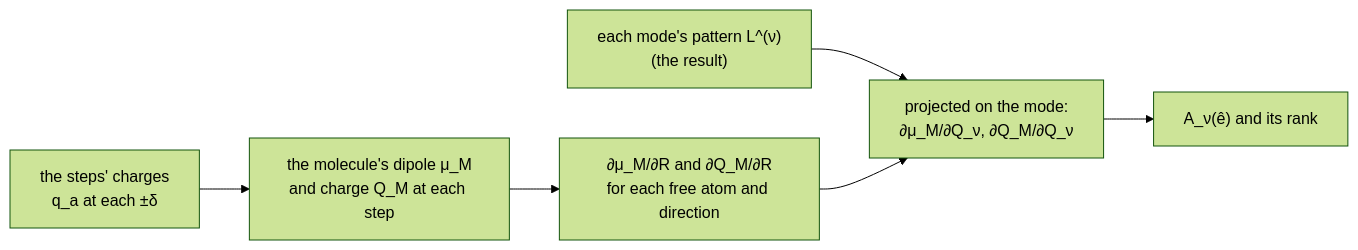
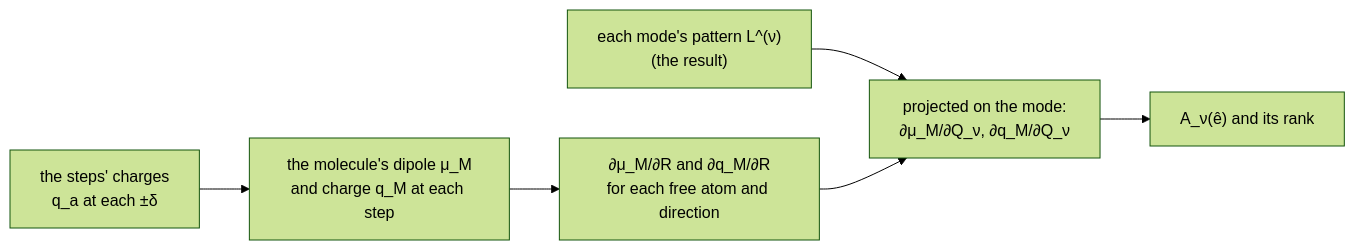
One commit to Qing-LAB/molbuilder changed the third of 3 diagrams in docs/science/vibrational-optical-response.md. Above: the diagram before and after it, drawn with Mermaid (forest theme). The commit also changed other lines of this file and 40 other files, not shown here.

````diff
--- a/docs/science/vibrational-optical-response.md
+++ b/docs/science/vibrational-optical-response.md
@@ -301,8 +315,8 @@
 ```mermaid
 flowchart LR
-    S["the steps' charges<br/>q_a at each ±δ"] --> MU["the molecule's dipole μ_M<br/>and charge Q_M at each step"]
-    MU --> D["∂μ_M/∂R and ∂Q_M/∂R<br/>for each free atom and direction"]
+    S["the steps' charges<br/>q_a at each ±δ"] --> MU["the molecule's dipole μ_M<br/>and charge q_M at each step"]
+    MU --> D["∂μ_M/∂R and ∂q_M/∂R<br/>for each free atom and direction"]
     L["each mode's pattern L^(ν)<br/>(the result)"] --> P
-    D --> P["projected on the mode:<br/>∂μ_M/∂Q_ν, ∂Q_M/∂Q_ν"]
+    D --> P["projected on the mode:<br/>∂μ_M/∂Q_ν, ∂q_M/∂Q_ν"]
     P --> A["A_ν(ê) and its rank"]
 ```
````
